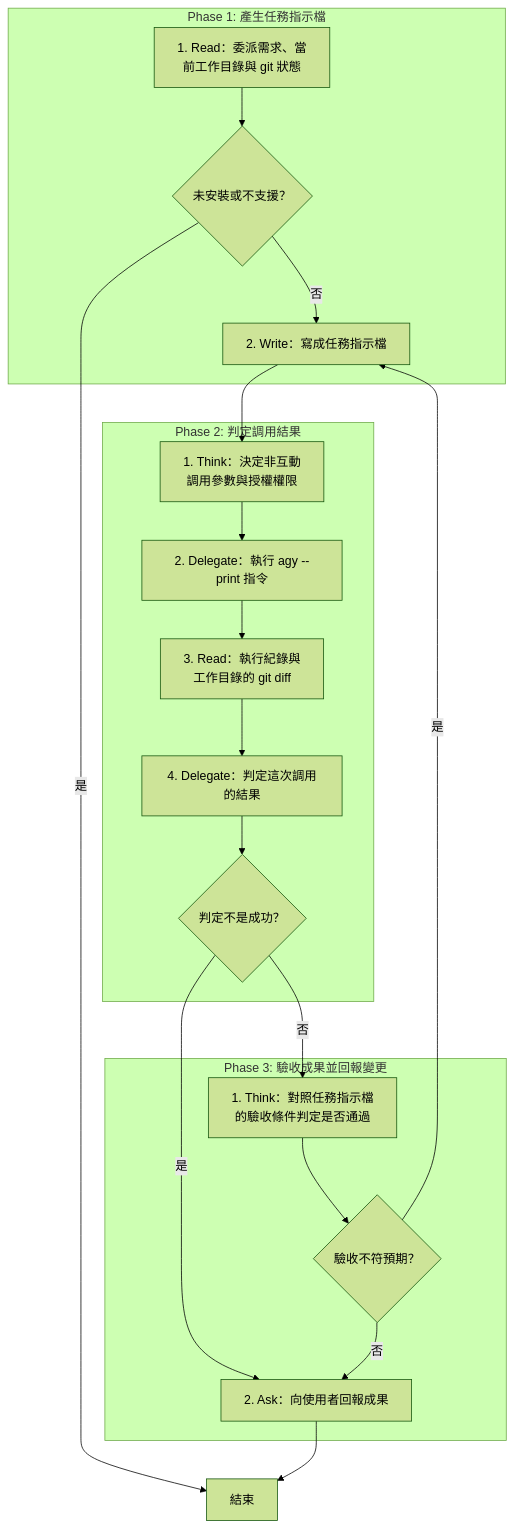
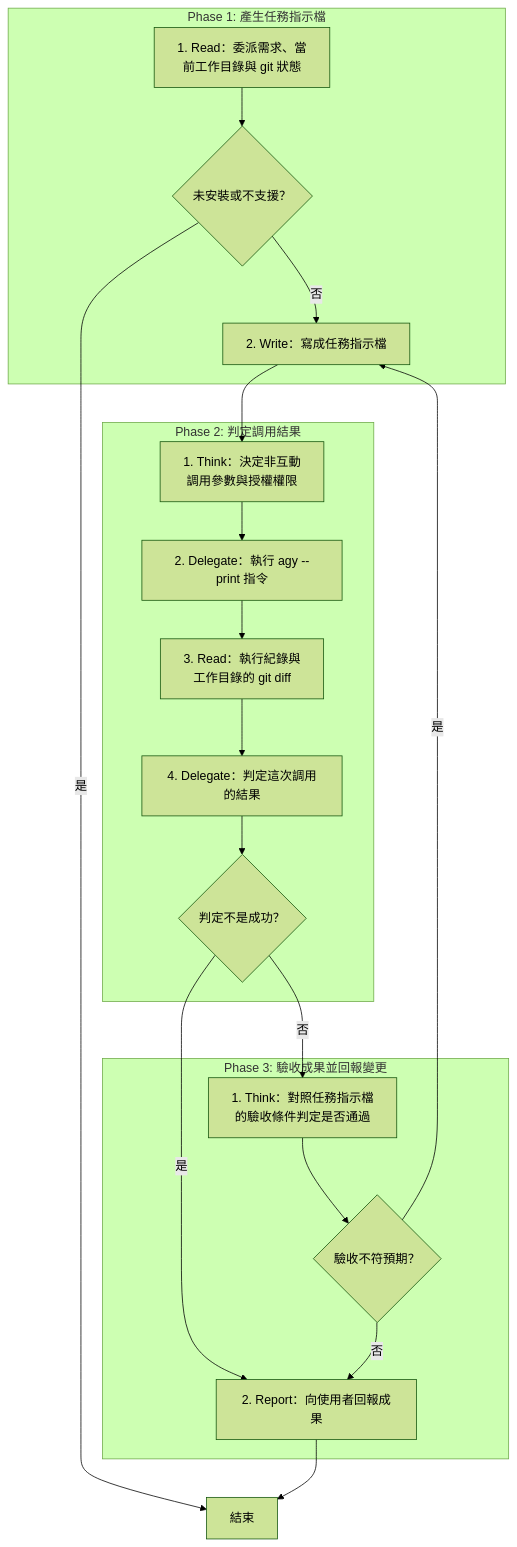
One commit to AI-x-BDD/BDGG-Dev-Skills changed the diagram in .claude/skills/invoke-agy/SKILL.md. Above: the diagram before and after it, drawn with Mermaid (forest theme). The commit also changed other lines of this file and 13 other files, not shown here.

````diff
--- a/.claude/skills/invoke-agy/SKILL.md
+++ b/.claude/skills/invoke-agy/SKILL.md
@@ -25,35 +25,35 @@
 ```mermaid
 flowchart TD
     subgraph P1["Phase 1: 產生任務指示檔"]
         P1S1["1. Read：委派需求、當<br/>前工作目錄與 git 狀態"]
         G_P1S1_1{"未安裝或不支援？"}
         P1S2["2. Write：寫成任務指示檔"]
     end
     subgraph P2["Phase 2: 判定調用結果"]
         P2S1["1. Think：決定非互動<br/>調用參數與授權權限"]
         P2S2["2. Delegate：執行 agy --print 指令"]
         P2S3["3. Read：執行紀錄與<br/>工作目錄的 git diff"]
         P2S4["4. Delegate：判定這次調用的結果"]
         G_P2S4_1{"判定不是成功？"}
     end
     subgraph P3["Phase 3: 驗收成果並回報變更"]
         P3S1["1. Think：對照任務指示檔<br/>的驗收條件判定是否通過"]
         G_P3S1_1{"驗收不符預期？"}
-        P3S2["2. Ask：向使用者回報成果"]
+        P3S2["2. Report：向使用者回報成果"]
     end
     End["結束"]
     P1S1 --> G_P1S1_1
     G_P1S1_1 -->|是| End
     G_P1S1_1 -->|否| P1S2
     P1S2 --> P2S1
     P2S1 --> P2S2
     P2S2 --> P2S3
     P2S3 --> P2S4
     P2S4 --> G_P2S4_1
     G_P2S4_1 -->|是| P3S2
     G_P2S4_1 -->|否| P3S1
     P3S1 --> G_P3S1_1
     G_P3S1_1 -->|是| P1S2
     G_P3S1_1 -->|否| P3S2
     P3S2 --> End
 ```
````
